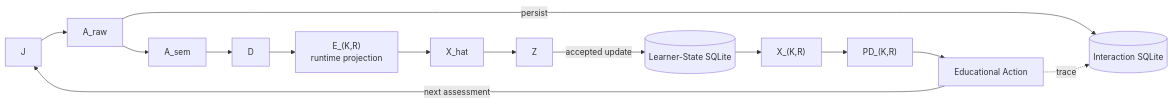
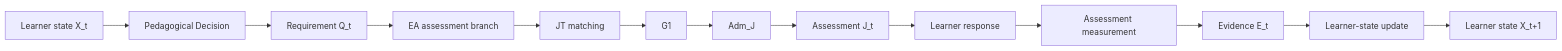
Before and after one commit to thatao72/three-twin-docs: the seventh of 7 diagrams in content/architecture.md, drawn with Mermaid. The commit also changed other lines of this file, not shown here.

Commit message:
Align architecture docs with current Q EA JT and assessment model

````diff
--- a/content/architecture.md
+++ b/content/architecture.md
@@ -308,22 +421,19 @@
 ```mermaid
 flowchart LR
+    X["Learner state X_t"]
+    PD["Pedagogical Decision"]
+    Q["Requirement Q_t"]
+    EA["EA assessment branch"]
+    JT["JT matching"]
+    G1["G1"]
+    ADM["Adm_J"]
+    J["Assessment J_t"]
+    R["Learner response"]
+    M["Assessment measurement"]
+    E["Evidence E_t"]
+    U["Learner-state update"]
+    X2["Learner state X_t+1"]
 
-    J["J"] --> AR["A_raw"]
-
-    AR -->|"persist"| IDB[("Interaction SQLite")]
-
-    AR --> AS["A_sem"]
-    AS --> D["D"]
-    D --> E["E_(K,R)<br/>runtime projection"]
-    E --> XH["X_hat"]
-    XH --> Z["Z"]
-
-    Z -->|"accepted update"| LDB[("Learner-State SQLite")]
-
-    LDB --> X["X_(K,R)"]
-    X --> PD["PD_(K,R)"]
-    PD --> EA["Educational Action"]
-
-    EA -. "trace" .-> IDB
-    EA -->|"next assessment"| J
+    X --> PD --> Q --> EA --> JT --> G1 --> ADM --> J
+    J --> R --> M --> E --> U --> X2
 ```
````
